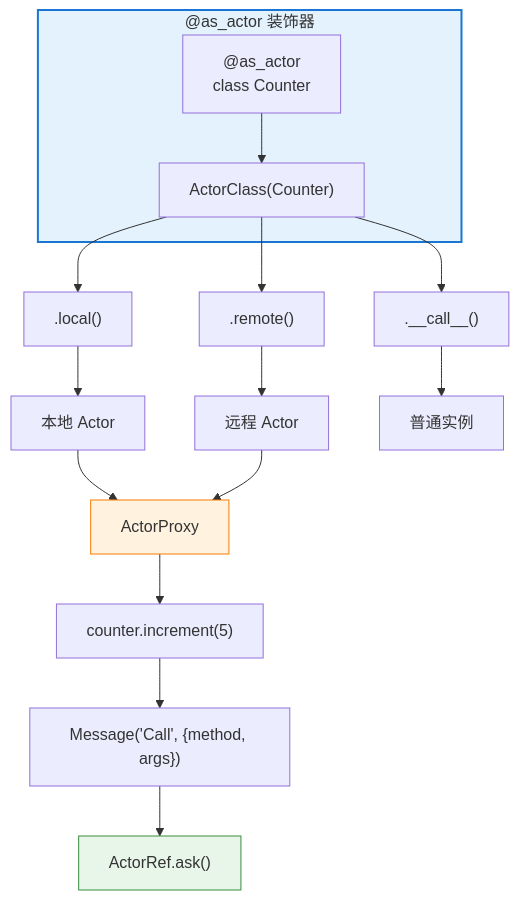
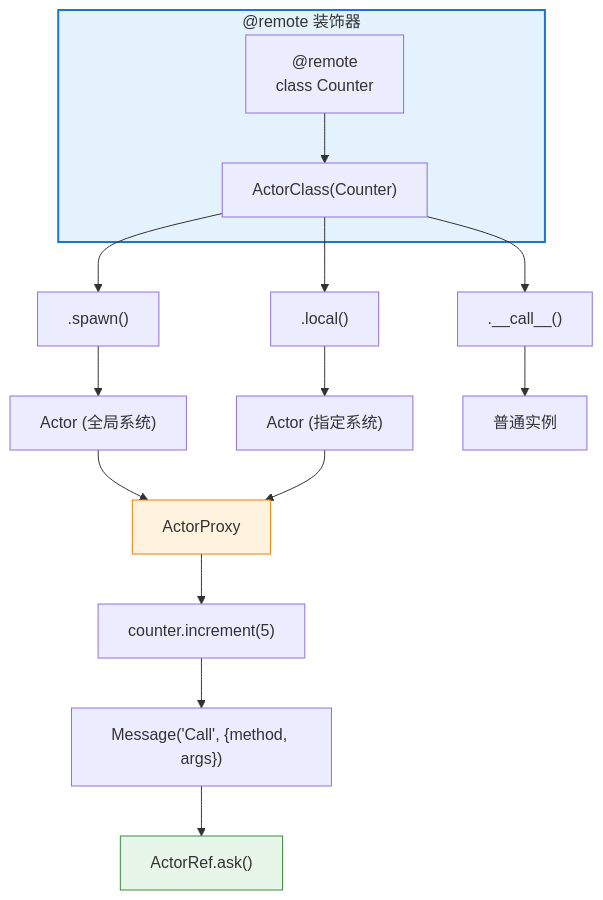
The first of 2 diagrams in docs/src/design/as-actor-decorator.zh.md (wyeth93/Pulsing), drawn with Mermaid before and after one commit. The commit also changed other lines of this file and 30 other files, not shown here.

````diff
--- a/docs/src/design/as-actor-decorator.zh.md
+++ b/docs/src/design/as-actor-decorator.zh.md
@@ -16,25 +16,25 @@
 ```mermaid
 flowchart TB
-    subgraph Decorator["@as_actor 装饰器"]
-        A["@as_actor<br/>class Counter"] --> B["ActorClass(Counter)"]
+    subgraph Decorator["@remote 装饰器"]
+        A["@remote<br/>class Counter"] --> B["ActorClass(Counter)"]
     end
 
-    B --> C[".local()"]
-    B --> D[".remote()"]
+    B --> C[".spawn()"]
+    B --> D[".local()"]
     B --> E[".__call__()"]
 
-    C --> F["本地 Actor"]
-    D --> G["远程 Actor"]
+    C --> F["Actor (全局系统)"]
+    D --> G["Actor (指定系统)"]
     E --> H["普通实例"]
 
     F --> I["ActorProxy"]
     G --> I
 
     I --> J["counter.increment(5)"]
     J --> K["Message('Call', {method, args})"]
     K --> L["ActorRef.ask()"]
 
     style Decorator fill:#e3f2fd,stroke:#1976d2,stroke-width:2px
     style I fill:#fff3e0,stroke:#f57c00
     style L fill:#e8f5e9,stroke:#388e3c
 ```
````
